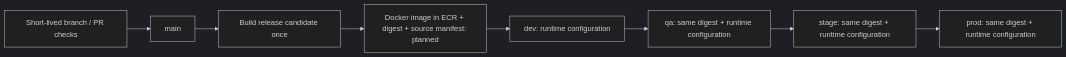
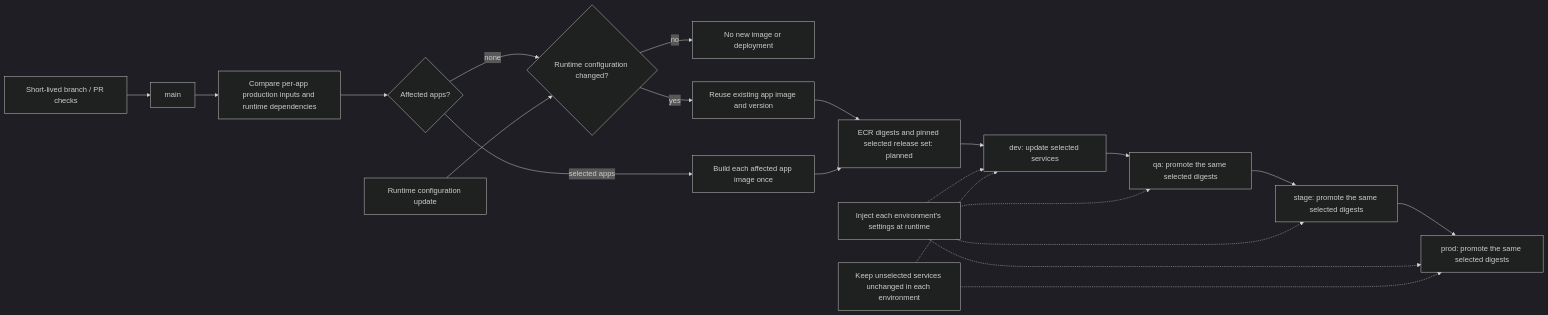
Before and after one commit to ashvir99260/flowboard: the diagram in docs/PROMOTION.md, drawn with Mermaid (dark theme). The commit also changed other lines of this file and 18 other files, not shown here.

Commit message:
docs: define selective ecr deployment policy

````diff
--- a/docs/PROMOTION.md
+++ b/docs/PROMOTION.md
@@ -15,10 +15,23 @@
 ```mermaid
 flowchart LR
   PR[Short-lived branch / PR checks] --> Main[main]
-  Main --> Build[Build release candidate once]
-  Build --> Artifact[Docker image in ECR + digest + source manifest: planned]
-  Artifact --> Dev[dev: runtime configuration]
-  Dev --> QA[qa: same digest + runtime configuration]
-  QA --> Stage[stage: same digest + runtime configuration]
-  Stage --> Prod[prod: same digest + runtime configuration]
+  Main --> Plan[Compare per-app production inputs and runtime dependencies]
+  Plan --> Changed{Affected apps?}
+  Changed -->|none| ConfigChanged{Runtime configuration changed?}
+  Settings[Runtime configuration update] --> ConfigChanged
+  ConfigChanged -->|no| Skip[No new image or deployment]
+  ConfigChanged -->|yes| Reuse[Reuse existing app image and version]
+  Reuse --> Artifact
+  Changed -->|selected apps| Build[Build each affected app image once]
+  Build --> Artifact[ECR digests and pinned selected release set: planned]
+  Artifact --> Dev[dev: update selected services]
+  Dev --> QA[qa: promote the same selected digests]
+  QA --> Stage[stage: promote the same selected digests]
+  Stage --> Prod[prod: promote the same selected digests]
+  Config[Inject each environment's settings at runtime] -.-> Dev
+  Config -.-> QA
+  Config -.-> Stage
+  Config -.-> Prod
+  Keep[Keep unselected services unchanged in each environment] -.-> Dev
+  Keep -.-> Prod
 ```
````
